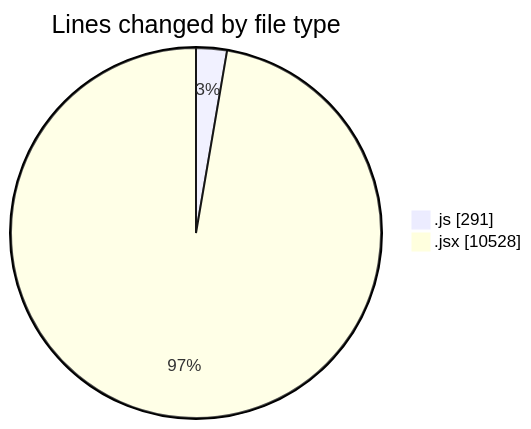
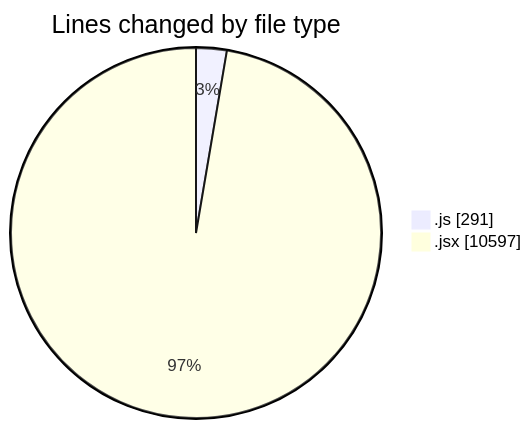
Before and after one commit to nxtqubesakshisongat/code-tracking: the first of 2 diagrams in 2025-07-28/nxtqube_webapp/README.md, drawn with Mermaid. The commit also changed other lines of this file and 1 other file, not shown here.

````diff
--- a/2025-07-28/nxtqube_webapp/README.md
+++ b/2025-07-28/nxtqube_webapp/README.md
@@ -45,6 +45,6 @@
 ```mermaid
 pie showData
 title Lines changed by file type
 ".js" : 291
-".jsx" : 10528
+".jsx" : 10597
 ```
````
